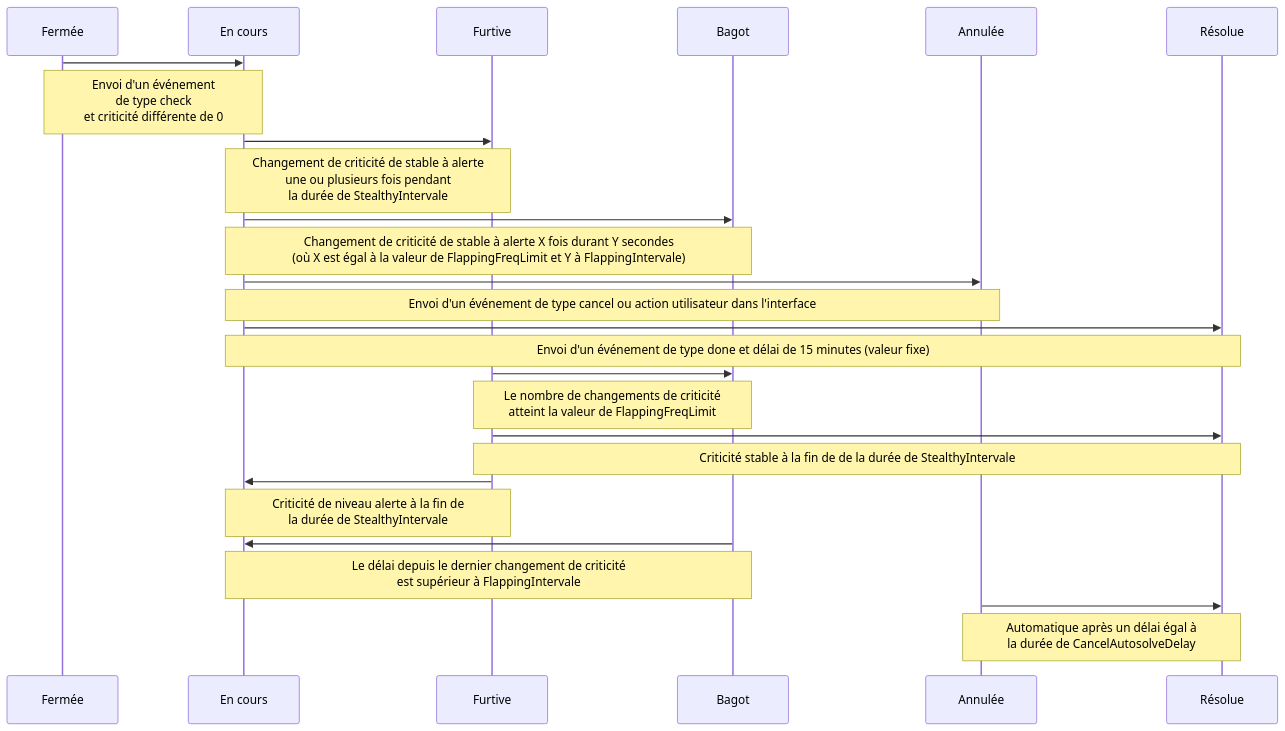
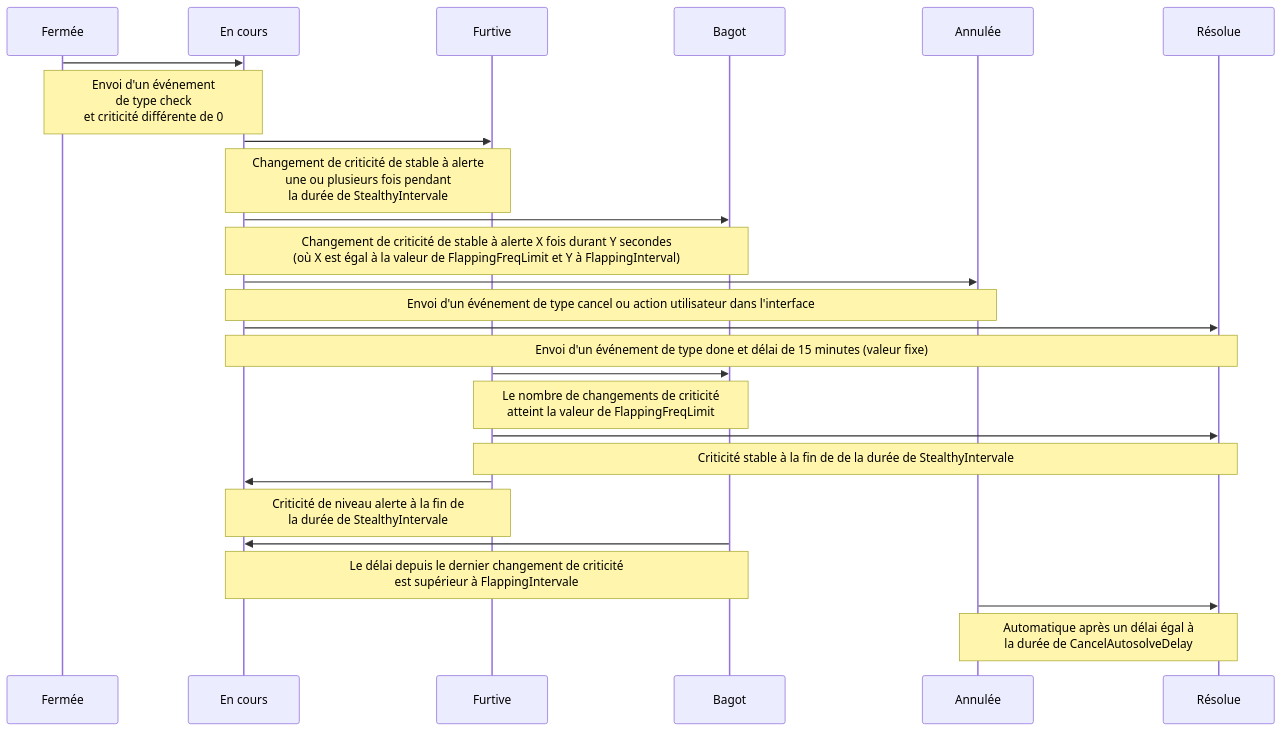
Before and after one commit to capensis/canopsis: the diagram in sources/docs/fr/guide-utilisation/vocabulaire/index.md, drawn with Mermaid.

Commit message:
Apply 1 suggestion(s) to 1 file(s)

````diff
--- a/sources/docs/fr/guide-utilisation/vocabulaire/index.md
+++ b/sources/docs/fr/guide-utilisation/vocabulaire/index.md
@@ -144,39 +144,39 @@
 ```mermaid
 sequenceDiagram
 participant Fermée
 participant En cours
 participant Furtive
 participant Bagot
 participant Annulée
 participant Résolue
 
 Fermée ->> En cours:   
 Note over Fermée, En cours: Envoi d'un événement <br/> de type check <br/> et criticité différente de 0
 
 En cours ->> Furtive:   
 Note over En cours, Furtive: Changement de criticité de stable à alerte <br/> une ou plusieurs fois pendant <br/> la durée de StealthyIntervale
 
 En cours ->> Bagot:   
-Note over En cours, Bagot: Changement de criticité de stable à alerte X fois durant Y secondes <br/> (où X est égal à la valeur de FlappingFreqLimit et Y à FlappingIntervale)
+Note over En cours, Bagot: Changement de criticité de stable à alerte X fois durant Y secondes <br/> (où X est égal à la valeur de FlappingFreqLimit et Y à FlappingInterval)
 
 En cours ->> Annulée:   
 Note over En cours, Annulée: Envoi d'un événement de type cancel ou action utilisateur dans l'interface
 
 En cours ->> Résolue:   
 Note over En cours, Résolue: Envoi d'un événement de type done et délai de 15 minutes (valeur fixe)
 
 Furtive ->> Bagot:   
 Note over Furtive, Bagot: Le nombre de changements de criticité <br/> atteint la valeur de FlappingFreqLimit
 
 Furtive ->> Résolue:   
 Note over Furtive, Résolue: Criticité stable à la fin de de la durée de StealthyIntervale
 
 Furtive ->> En cours:   
 Note over Furtive, En cours: Criticité de niveau alerte à la fin de <br /> la durée de StealthyIntervale
 
 Bagot ->> En cours:   
 Note over Bagot, En cours: Le délai depuis le dernier changement de criticité <br/> est supérieur à FlappingIntervale
 
 Annulée ->> Résolue:   
 Note over Annulée, Résolue: Automatique après un délai égal à <br/> la durée de CancelAutosolveDelay
 ```
````
